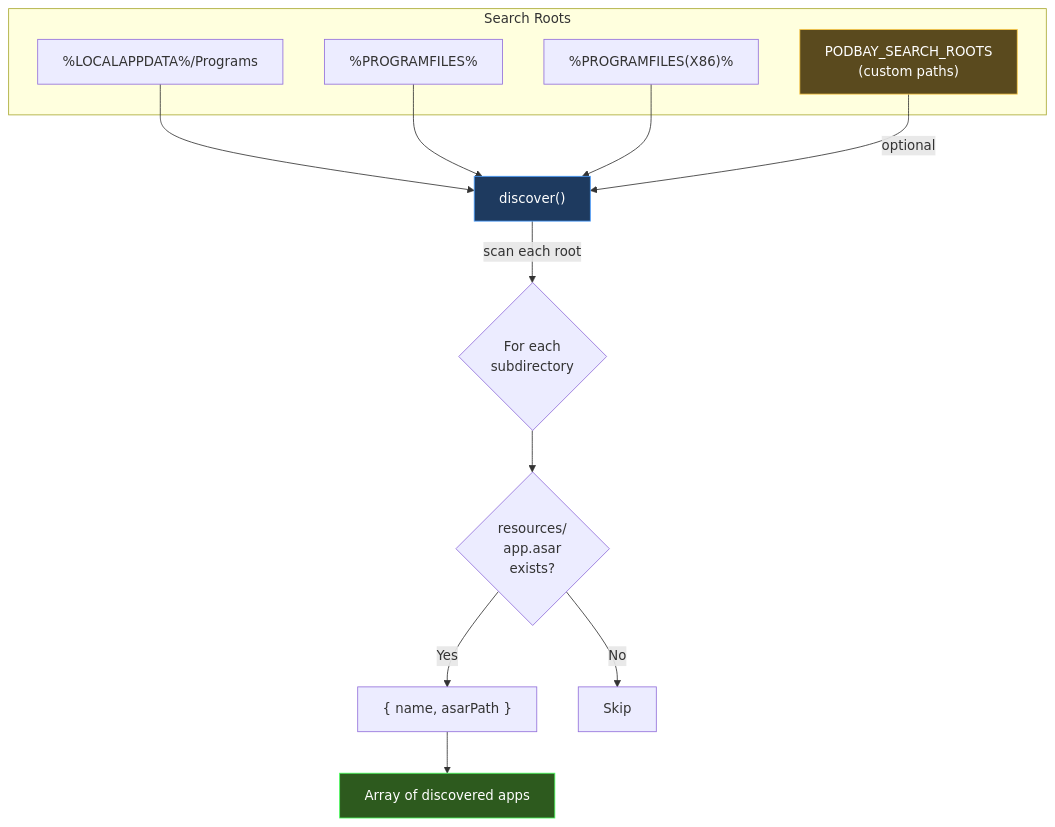
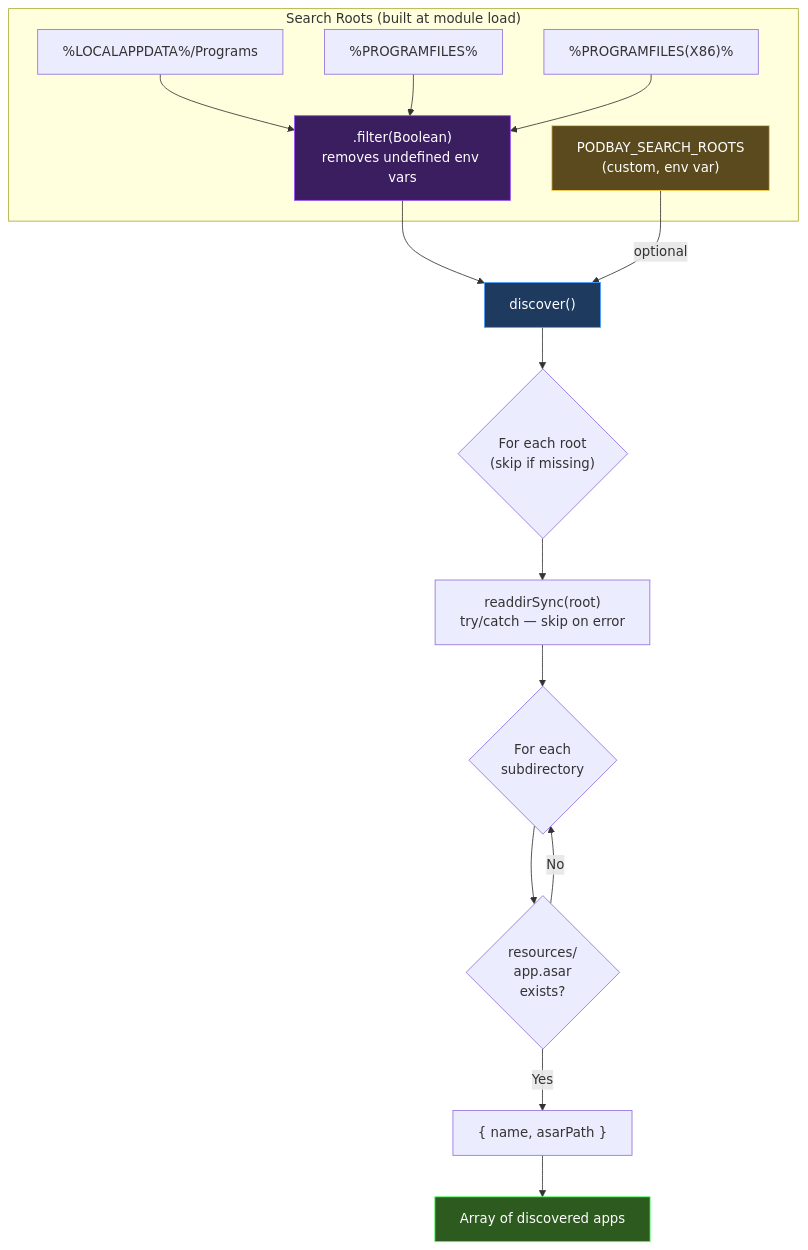
The first of 3 diagrams in lib/docs/discover.md (jerroldneal/podbay), drawn with Mermaid before and after one commit. The commit also changed other lines of this file and 110 other files, not shown here.

````diff
--- a/lib/docs/discover.md
+++ b/lib/docs/discover.md
@@ -15,25 +16,30 @@
 ```mermaid
 flowchart TD
-    subgraph "Search Roots"
+    subgraph "Search Roots (built at module load)"
         R1["%LOCALAPPDATA%/Programs"]
         R2["%PROGRAMFILES%"]
         R3["%PROGRAMFILES(X86)%"]
-        R4["PODBAY_SEARCH_ROOTS<br/>(custom paths)"]
+        FB[".filter(Boolean)<br/>removes undefined env vars"]
+        R4["PODBAY_SEARCH_ROOTS<br/>(custom, env var)"]
     end
 
-    R1 --> S["discover()"]
-    R2 --> S
-    R3 --> S
+    R1 --> FB
+    R2 --> FB
+    R3 --> FB
+    FB --> S["discover()"]
     R4 -->|"optional"| S
 
-    S --> |"scan each root"| D{"For each<br/>subdirectory"}
-    D --> C{"resources/<br/>app.asar<br/>exists?"}
+    S --> D{"For each root<br/>(skip if missing)"}
+    D --> RD["readdirSync(root)<br/>try/catch — skip on error"]
+    RD --> E{"For each<br/>subdirectory"}
+    E --> C{"resources/<br/>app.asar<br/>exists?"}
     C -->|Yes| F["{ name, asarPath }"]
-    C -->|No| skip["Skip"]
+    C -->|No| E
 
     F --> OUT["Array of discovered apps"]
 
     style S fill:#1e3a5f,stroke:#4a9eff,color:#fff
     style OUT fill:#2d5a1e,stroke:#4aff5e,color:#fff
     style R4 fill:#5a4a1e,stroke:#ffcc4a,color:#fff
+    style FB fill:#3a1e5f,stroke:#9a4aff,color:#fff
 ```
````
